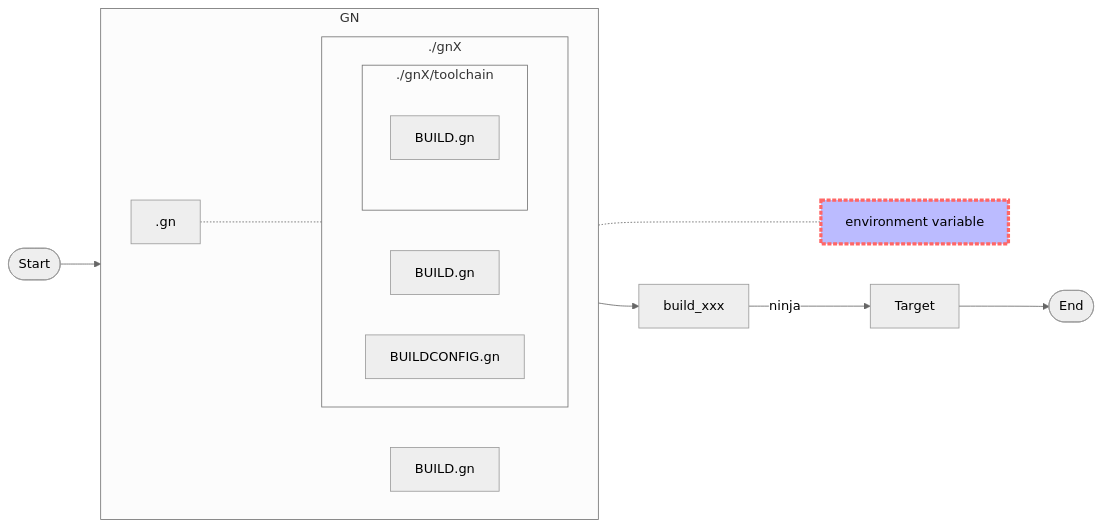
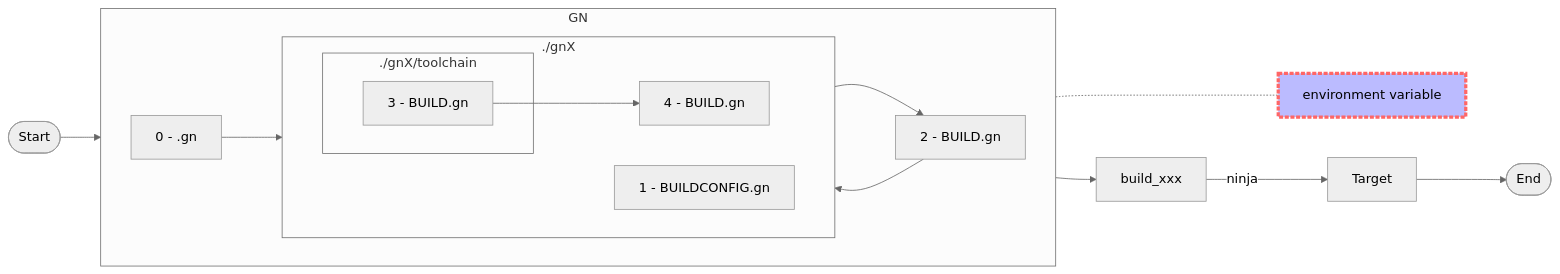
Before and after one commit to lankahsu520/makeXcmakeXmesonXgn: the fourth of 4 diagrams in README.md, drawn with Mermaid (neutral theme). The commit also changed other lines of this file and 11 other files, not shown here.

````diff
--- a/README.md
+++ b/README.md
@@ -116,25 +118,25 @@
 ```mermaid
 flowchart LR
 	Start([Start])
 	subgraph GN[GN]
 		direction LR
-		.gn[.gn]
-		BUILD.gn[BUILD.gn]
+		.gn[0 - .gn]
+		BUILD.gn[2 - BUILD.gn]
 		subgraph gnX[./gnX]
 			direction LR
-			BUILD.gn-gnX[BUILD.gn]
-			BUILDCONFIG.gn
+			BUILD.gn-gnX[4 - BUILD.gn]
+			BUILDCONFIG.gn[1 - BUILDCONFIG.gn]
 			subgraph toolchain[./gnX/toolchain]
-				BUILD.gn-toolchain[BUILD.gn]
+				BUILD.gn-toolchain[3 - BUILD.gn]
 			end
 		end
-		.gn -..- gnX
+		.gn --> BUILDCONFIG.gn --> BUILD.gn --> BUILD.gn-toolchain --> BUILD.gn-gnX
 	end
 	End([End])
 	
 	environment[environment variable]
 	style environment fill:#bbf,color:#000000,stroke:#f66,stroke-width:4px,stroke-dasharray: 5 2
 
 	Start --> GN --> build_xxx --> |ninja|Target --> End
 	GN -..- environment
 ```
````
